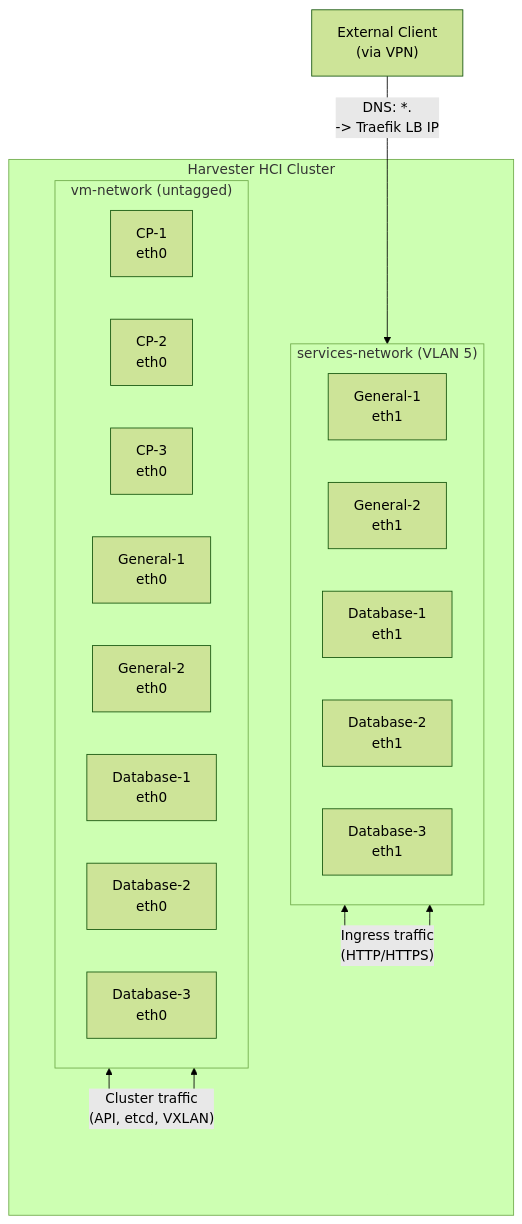
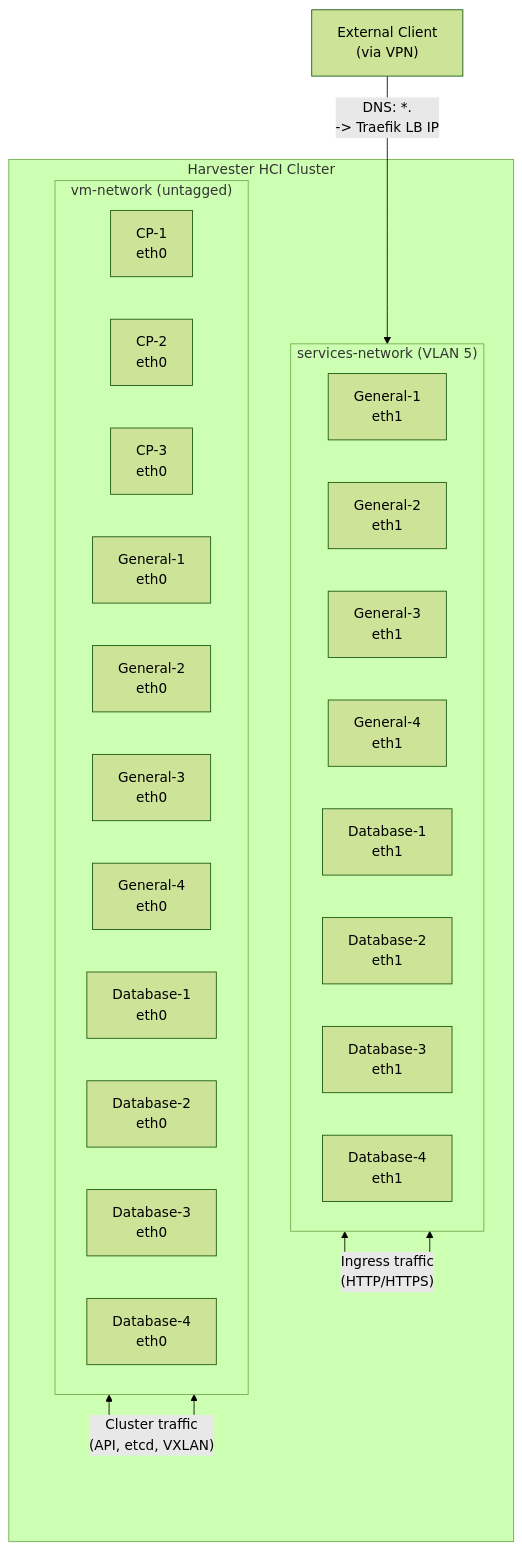
Before and after one commit to derhornspieler/harvester-rke2-platform: the second of 26 diagrams in docs/engineering/system-architecture.md, drawn with Mermaid (forest theme). The commit also changed other lines of this file and 40 other files, not shown here.

````diff
--- a/docs/engineering/system-architecture.md
+++ b/docs/engineering/system-architecture.md
@@ -123,27 +123,33 @@
 ```mermaid
 graph TD
     subgraph Harvester["Harvester HCI Cluster"]
         subgraph VMNet["vm-network (untagged)"]
             CP1["CP-1<br/>eth0"]
             CP2["CP-2<br/>eth0"]
             CP3["CP-3<br/>eth0"]
             W1_e0["General-1<br/>eth0"]
             W2_e0["General-2<br/>eth0"]
+            W3_e0["General-3<br/>eth0"]
+            W4_e0["General-4<br/>eth0"]
             DB1_e0["Database-1<br/>eth0"]
             DB2_e0["Database-2<br/>eth0"]
             DB3_e0["Database-3<br/>eth0"]
+            DB4_e0["Database-4<br/>eth0"]
         end
 
         subgraph SvcNet["services-network (VLAN 5)"]
             W1_e1["General-1<br/>eth1"]
             W2_e1["General-2<br/>eth1"]
+            W3_e1["General-3<br/>eth1"]
+            W4_e1["General-4<br/>eth1"]
             DB1_e1["Database-1<br/>eth1"]
             DB2_e1["Database-2<br/>eth1"]
             DB3_e1["Database-3<br/>eth1"]
+            DB4_e1["Database-4<br/>eth1"]
         end
     end
 
     Client["External Client<br/>(via VPN)"] -->|"DNS: *.<DOMAIN><br/>-> Traefik LB IP"| SvcNet
     VMNet <-->|"Cluster traffic<br/>(API, etcd, VXLAN)"| VMNet
     SvcNet <-->|"Ingress traffic<br/>(HTTP/HTTPS)"| SvcNet
 ```
````
